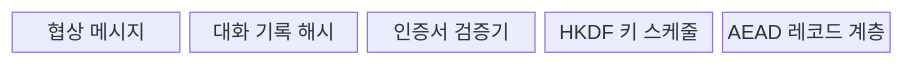
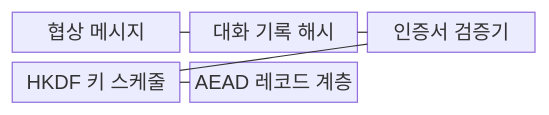
Before and after one commit to agnusdei1207/knowledge-base: the first of 2 diagrams in src/content/docs/notes/05-security/011_tls_1_3_handshake.md, drawn with Mermaid. The commit also changed other lines of this file and 151 other files, not shown here.

````diff
--- a/src/content/docs/notes/05-security/011_tls_1_3_handshake.md
+++ b/src/content/docs/notes/05-security/011_tls_1_3_handshake.md
@@ -60,9 +60,13 @@
 ```mermaid
 block-beta
-    columns 5
+    columns 3
     N["협상 메시지"]
     H["대화 기록 해시"]
     A["인증서 검증기"]
     K["HKDF 키 스케줄"]
     E["AEAD 레코드 계층"]
+    N --- H
+    H --- A
+    A --- K
+    K --- E
 ```
````
